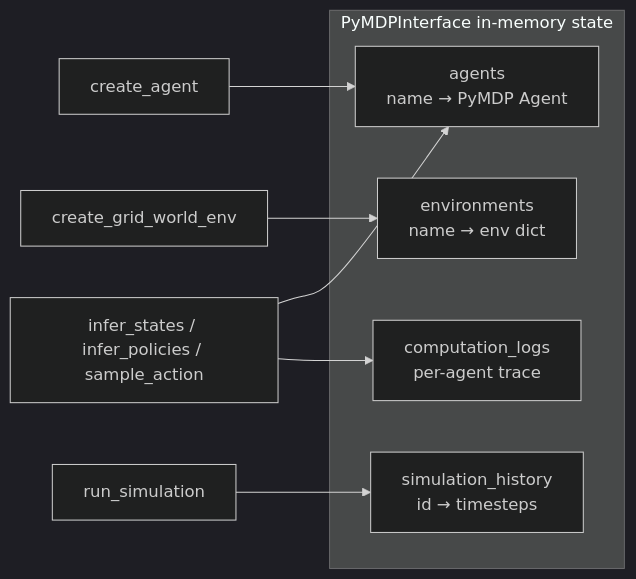
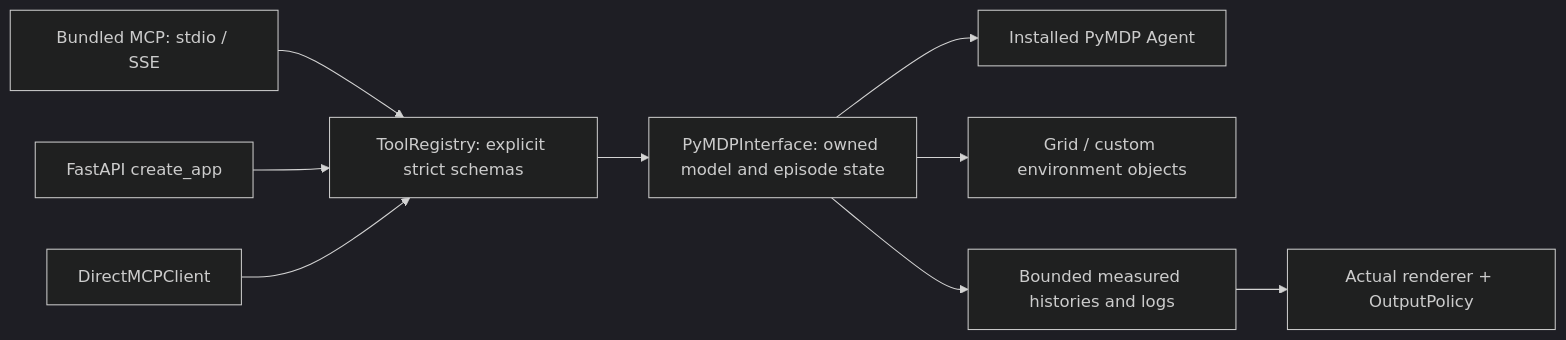
One commit to ActiveInferenceInstitute/pymcp changed the diagram in docs/ARCHITECTURE.md. Above: the diagram before and after it, drawn with Mermaid (dark theme). The commit also changed other lines of this file and 68 other files, not shown here.

````diff
--- a/docs/ARCHITECTURE.md
+++ b/docs/ARCHITECTURE.md
@@ -70,15 +3,11 @@
 ```mermaid
 flowchart LR
-    subgraph State["PyMDPInterface in-memory state"]
-        A["agents<br/>name → PyMDP Agent"]
-        Env["environments<br/>name → env dict"]
-        H["simulation_history<br/>id → timesteps"]
-        C["computation_logs<br/>per-agent trace"]
-    end
-
-    Create["create_agent"] --> A
-    Grid["create_grid_world_env"] --> Env
-    Sim["run_simulation"] --> H
-    Inf["infer_states / infer_policies / sample_action"] --> A
-    Inf --> C
+    MCP["Bundled MCP: stdio / SSE"] --> Registry["ToolRegistry: explicit strict schemas"]
+    REST["FastAPI create_app"] --> Registry
+    Direct["DirectMCPClient"] --> Registry
+    Registry --> Core["PyMDPInterface: owned model and episode state"]
+    Core --> Agent["Installed PyMDP Agent"]
+    Core --> Environment["Grid / custom environment objects"]
+    Core --> History["Bounded measured histories and logs"]
+    History --> Plots["Actual renderer + OutputPolicy"]
 ```
````
